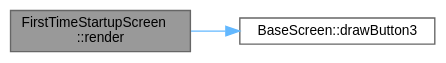
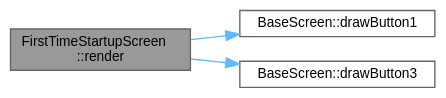
The diagram in designs/graphs/docbook/class_first_time_startup_screen_a1f5c80b0f1a40f208787e6b27a1b34c7_cgraph.dot (Safecast/bGeigieZen), drawn with Graphviz before and after one commit. The commit also changed 5301 other files, not shown here.

```diff
--- a/designs/graphs/docbook/class_first_time_startup_screen_a1f5c80b0f1a40f208787e6b27a1b34c7_cgraph.dot
+++ b/designs/graphs/docbook/class_first_time_startup_screen_a1f5c80b0f1a40f208787e6b27a1b34c7_cgraph.dot
@@ -1,11 +1,13 @@
 digraph "FirstTimeStartupScreen::render"
 {
  // LATEX_PDF_SIZE
   bgcolor="transparent";
   edge [fontname=Helvetica,fontsize=10,labelfontname=Helvetica,labelfontsize=10];
   node [fontname=Helvetica,fontsize=10,shape=box,height=0.2,width=0.4];
   rankdir="LR";
   Node1 [id="Node000001",label="FirstTimeStartupScreen\l::render",height=0.2,width=0.4,color="gray40", fillcolor="grey60", style="filled", fontcolor="black",tooltip=" "];
-  Node1 -> Node2 [id="edge2_Node000001_Node000002",color="steelblue1",style="solid",tooltip=" "];
-  Node2 [id="Node000002",label="BaseScreen::drawButton3",height=0.2,width=0.4,color="grey40", fillcolor="white", style="filled",URL="$class_base_screen.html#a00da29022f614d7e72fd218ba1dcf747",tooltip=" "];
+  Node1 -> Node2 [id="edge3_Node000001_Node000002",color="steelblue1",style="solid",tooltip=" "];
+  Node2 [id="Node000002",label="BaseScreen::drawButton1",height=0.2,width=0.4,color="grey40", fillcolor="white", style="filled",URL="$class_base_screen.html#abd62ea7f2f318142dde3d81f1a5e46a1",tooltip=" "];
+  Node1 -> Node3 [id="edge4_Node000001_Node000003",color="steelblue1",style="solid",tooltip=" "];
+  Node3 [id="Node000003",label="BaseScreen::drawButton3",height=0.2,width=0.4,color="grey40", fillcolor="white", style="filled",URL="$class_base_screen.html#a13d1abed7e9ef452c950ee1a5af14860",tooltip=" "];
 }
```
